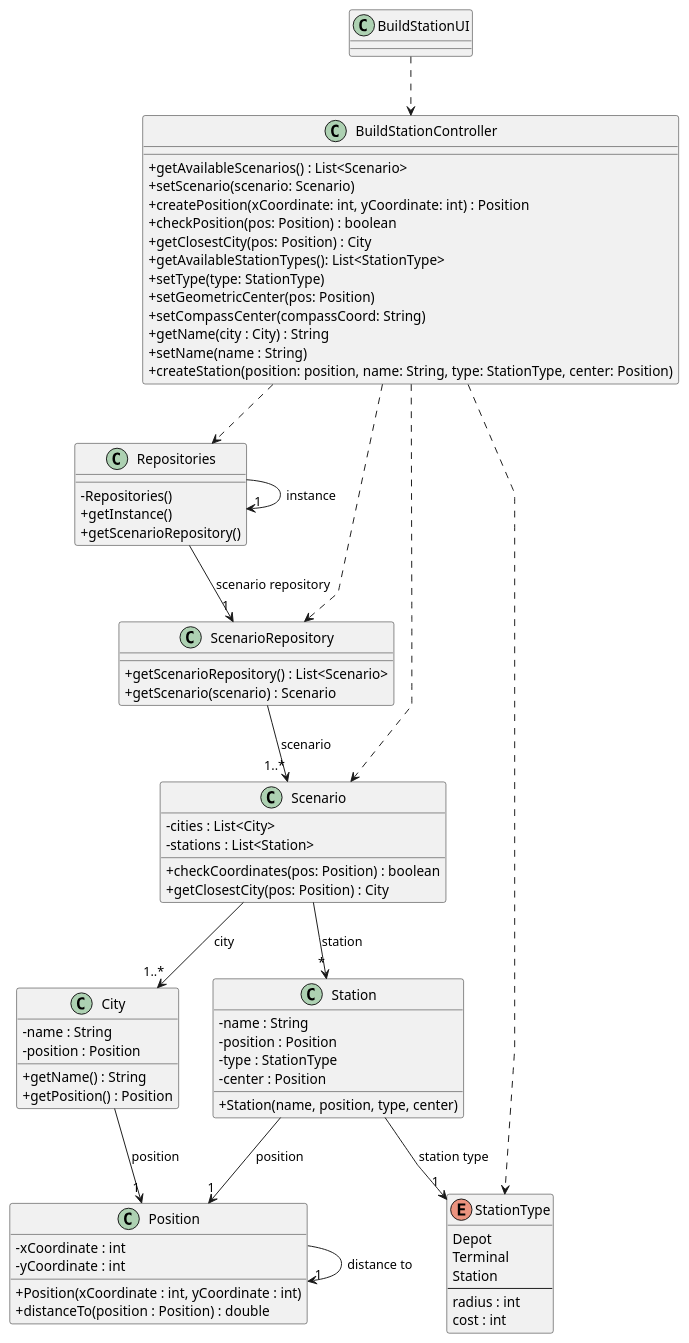
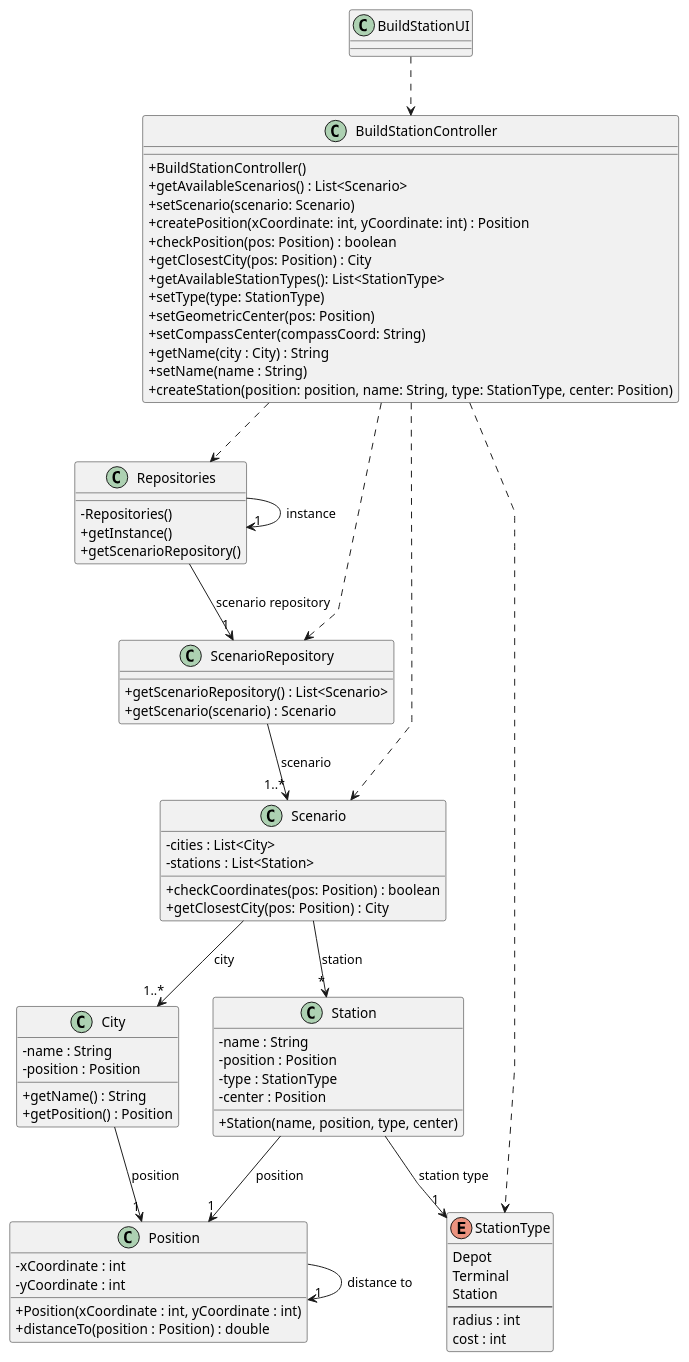
Before and after one commit to 1240935/pi2-railway-simulator: the diagram in Sprint2/US005/03.design/puml/US005-CD.puml, drawn with PlantUML. The commit also changed 12 other files, not shown here.

```diff
--- a/Sprint2/US005/03.design/puml/US005-CD.puml
+++ b/Sprint2/US005/03.design/puml/US005-CD.puml
@@ -1,94 +1,95 @@
 @startuml
 'skinparam monochrome true
 skinparam packageStyle rectangle
 skinparam shadowing false
 skinparam linetype polyline
 'skinparam linetype orto
 
 skinparam classAttributeIconSize 0
 
 'left to right direction
 
 class BuildStationUI {
 }
 
 class BuildStationController {
+  +BuildStationController()
   +getAvailableScenarios() : List<Scenario>
   +setScenario(scenario: Scenario)
   +createPosition(xCoordinate: int, yCoordinate: int) : Position
   +checkPosition(pos: Position) : boolean
   +getClosestCity(pos: Position) : City
   +getAvailableStationTypes(): List<StationType>
   +setType(type: StationType)
   +setGeometricCenter(pos: Position)
   +setCompassCenter(compassCoord: String)
   +getName(city : City) : String
   +setName(name : String)
   +createStation(position: position, name: String, type: StationType, center: Position)
 }
 
 class Repositories {
       - Repositories()
       + getInstance()
       + getScenarioRepository()
   }
 
 class Scenario {
   -cities : List<City>
   -stations : List<Station>
   +checkCoordinates(pos: Position) : boolean
   +getClosestCity(pos: Position) : City
 }
 
 class City {
   -name : String
   -position : Position
   +getName() : String
   +getPosition() : Position
 }
 
 class Station {
   -name : String
   -position : Position
   -type : StationType
   -center : Position
   +Station(name, position, type, center)
 }
 
 class Position {
   -xCoordinate : int
   -yCoordinate : int
   +Position(xCoordinate : int, yCoordinate : int)
   +distanceTo(position : Position) : double
 }
 
 enum StationType {
   Depot
   Terminal
   Station
   --
   radius : int
   cost : int
 }
 
 class ScenarioRepository {
   +getScenarioRepository() : List<Scenario>
   +getScenario(scenario) : Scenario
 }
 
 BuildStationUI ..> BuildStationController
 BuildStationController ..> ScenarioRepository
 BuildStationController ..> Scenario
 BuildStationController ..> StationType
 BuildStationController ..> Repositories
 Repositories --> "1" ScenarioRepository : scenario repository
 Repositories -> "1" Repositories : instance
 ScenarioRepository --> "1..*" Scenario  : scenario
 Scenario --> "1..*" City : city
 Scenario --> "*" Station : station
 City --> "1" Position : position
 Station --> "1" Position : position
 Station --> "1" StationType : station type
 Position -> "1" Position : distance to
 
 @enduml
```
